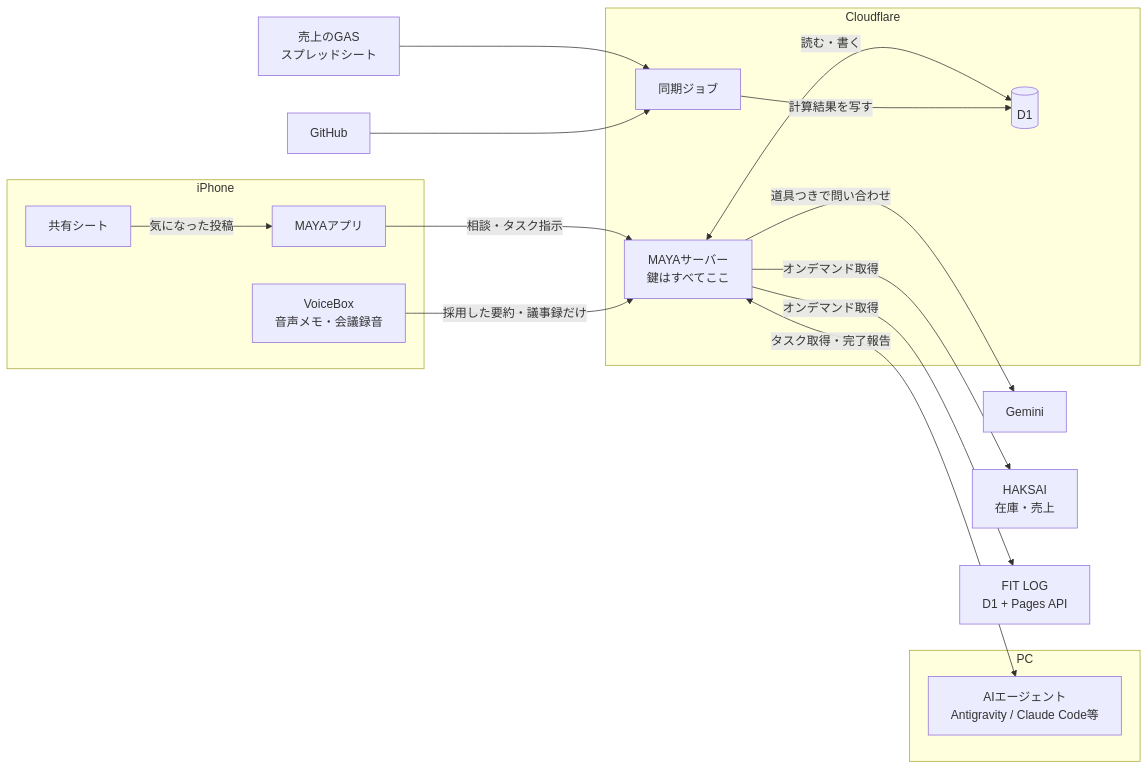
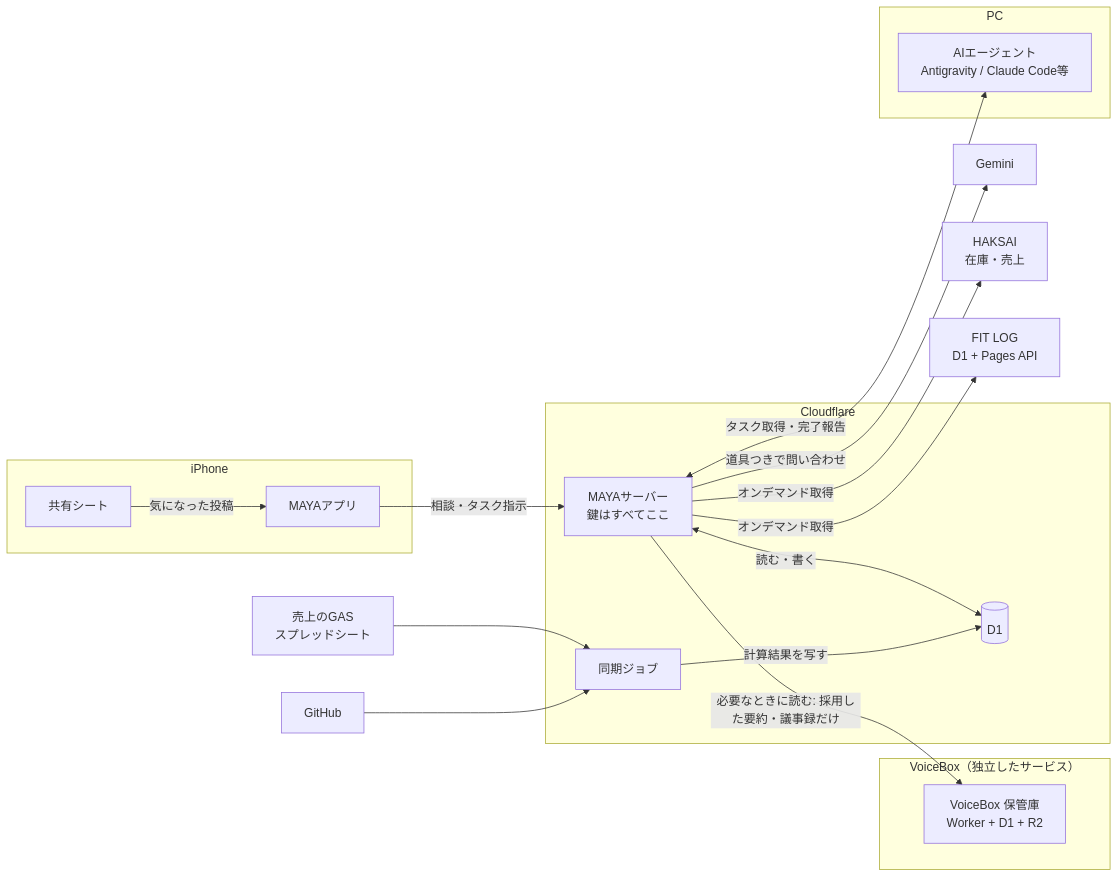
One commit to koji330-coder/maya-executive-partner changed the first of 3 diagrams in docs/PLATFORM_ARCHITECTURE.md. Above: the diagram before and after it, drawn with Mermaid. The commit also changed other lines of this file and 13 other files, not shown here.

First line of the commit message:
feat: read VoiceBox on demand through its read-only window instead of receiving pushes

````diff
--- a/docs/PLATFORM_ARCHITECTURE.md
+++ b/docs/PLATFORM_ARCHITECTURE.md
@@ -23,36 +23,39 @@
 ```mermaid
 flowchart LR
   subgraph iPhone
     App[MAYAアプリ]
     Share[共有シート]
-    VoiceBox[VoiceBox<br/>音声メモ・会議録音]
+  end
+
+  subgraph VoiceBoxCloud[VoiceBox（独立したサービス）]
+    VoiceBox[VoiceBox 保管庫<br/>Worker + D1 + R2]
   end
 
   subgraph Cloudflare
     Worker[MAYAサーバー<br/>鍵はすべてここ]
     D1[(D1)]
     Cron[同期ジョブ]
   end
 
   subgraph PC
     Agent[AIエージェント<br/>Antigravity / Claude Code等]
   end
 
   Gemini[Gemini]
   SalesGAS[売上のGAS<br/>スプレッドシート]
   GitHub[GitHub]
   HAKSAI[HAKSAI<br/>在庫・売上]
   FitLog[FIT LOG<br/>D1 + Pages API]
 
   App -->|相談・タスク指示| Worker
   Share -->|気になった投稿| App
-  VoiceBox -->|採用した要約・議事録だけ| Worker
+  Worker -->|必要なときに読む: 採用した要約・議事録だけ| VoiceBox
   Worker -->|道具つきで問い合わせ| Gemini
   Worker <-->|読む・書く| D1
   Worker -->|オンデマンド取得| HAKSAI
   Worker -->|オンデマンド取得| FitLog
   Cron -->|計算結果を写す| D1
   SalesGAS --> Cron
   GitHub --> Cron
   Worker <-->|タスク取得・完了報告| Agent
 ```
````
